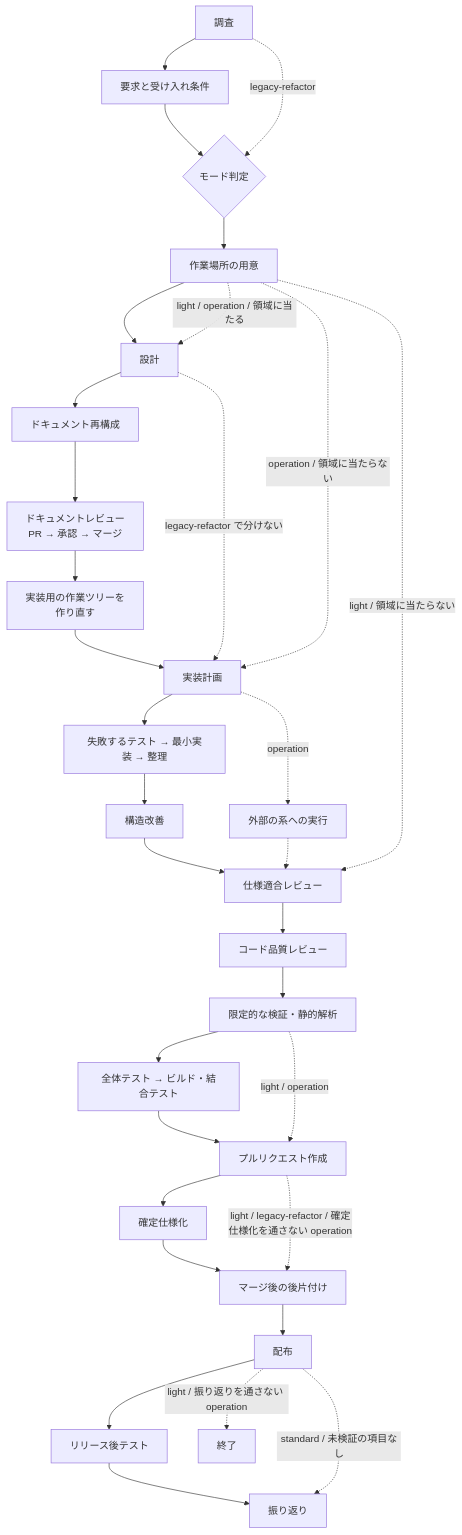
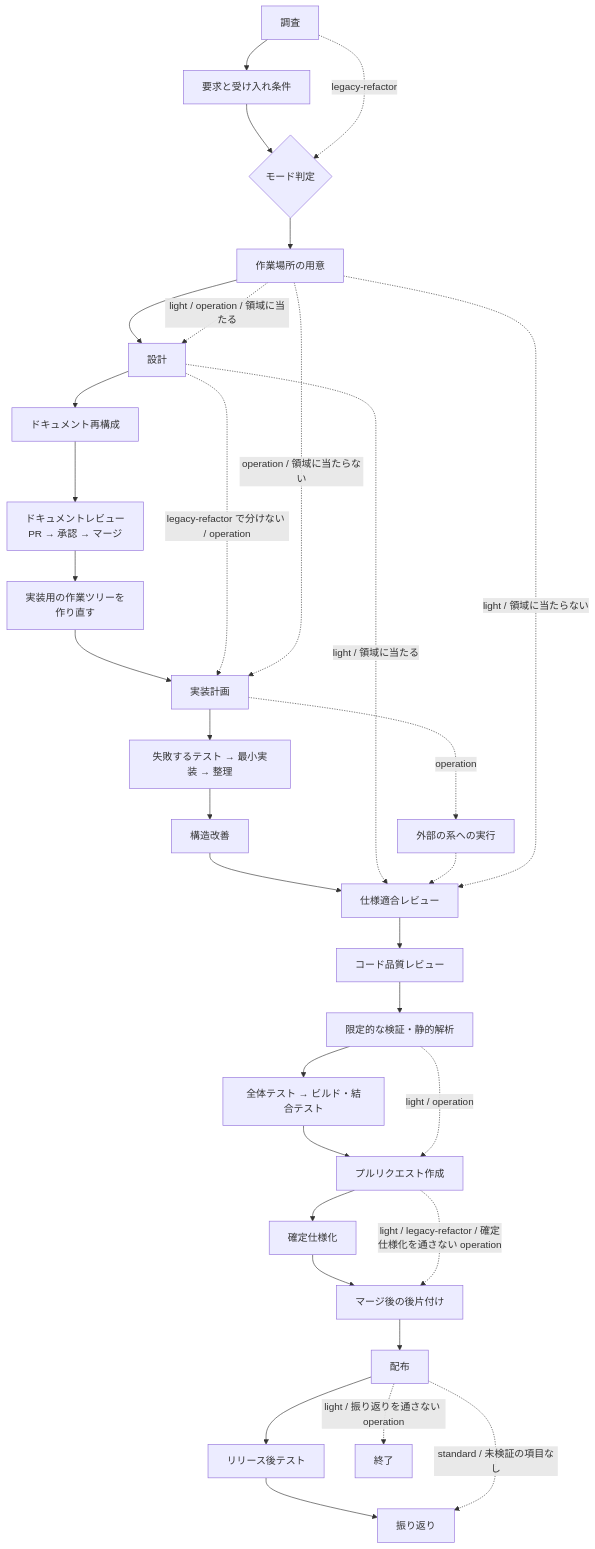
Before and after one commit to devbasex/ai-plugins: the second of 2 diagrams in plugins/ndf/skills/development-workflow/SKILL.md, drawn with Mermaid. The commit also changed other lines of this file and 4 other files, not shown here.

First line of the commit message:
Fix: レビュー指摘の 4 件（要否表・工程の図・突き合わせの範囲・operation の説明）を直す

````diff
--- a/plugins/ndf/skills/development-workflow/SKILL.md
+++ b/plugins/ndf/skills/development-workflow/SKILL.md
@@ -338,34 +339,35 @@
 ```mermaid
 flowchart TD
     A[調査] --> B[要求と受け入れ条件]
     B --> D{モード判定}
     D --> S[作業場所の用意]
     S --> C[設計]
     C --> DR[ドキュメント再構成]
     DR --> F[ドキュメントレビュー<br/>PR → 承認 → マージ]
     F --> W[実装用の作業ツリーを<br/>作り直す]
     W --> G[実装計画]
     G --> H[失敗するテスト → 最小実装 → 整理]
     H --> R[構造改善]
     R --> I[仕様適合レビュー]
     I --> J[コード品質レビュー]
     J --> K[限定的な検証・静的解析]
     K --> N[全体テスト → ビルド・結合テスト]
     N --> L[プルリクエスト作成]
     L --> M[確定仕様化]
     M --> P[マージ後の後片付け]
     P --> RL[配布]
     RL --> Q[リリース後テスト]
     Q --> T[振り返り]
     RL -.->|standard / 未検証の項目なし| T
     A -.->|legacy-refactor| D
-    C -.->|legacy-refactor で分けない| G
+    C -.->|"legacy-refactor で分けない / operation"| G
+    C -.->|"light / 領域に当たる"| I
     S -.->|"operation / 領域に当たらない"| G
     S -.->|"light / operation / 領域に当たる"| C
     G -.->|operation| X[外部の系への実行]
     X -.-> I
     S -.->|"light / 領域に当たらない"| I
     K -.->|light / operation| L
     L -.->|light / legacy-refactor / 確定仕様化を通さない operation| P
     RL -.->|light / 振り返りを通さない operation| Z[終了]
 ```
````
